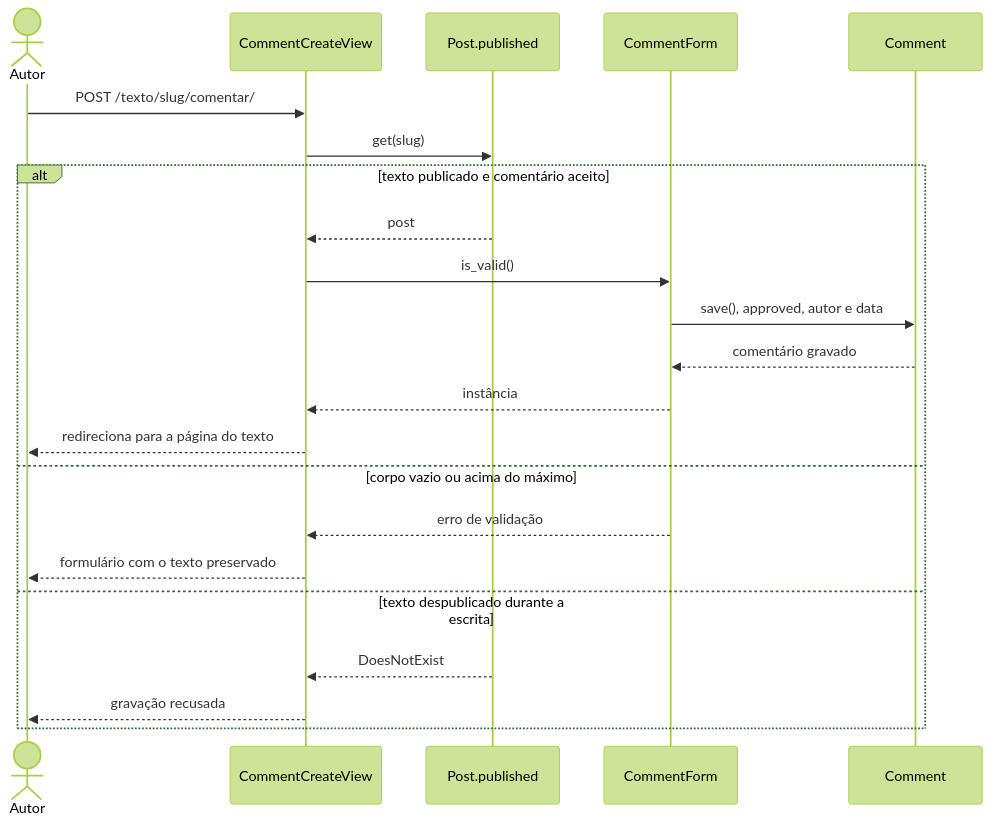
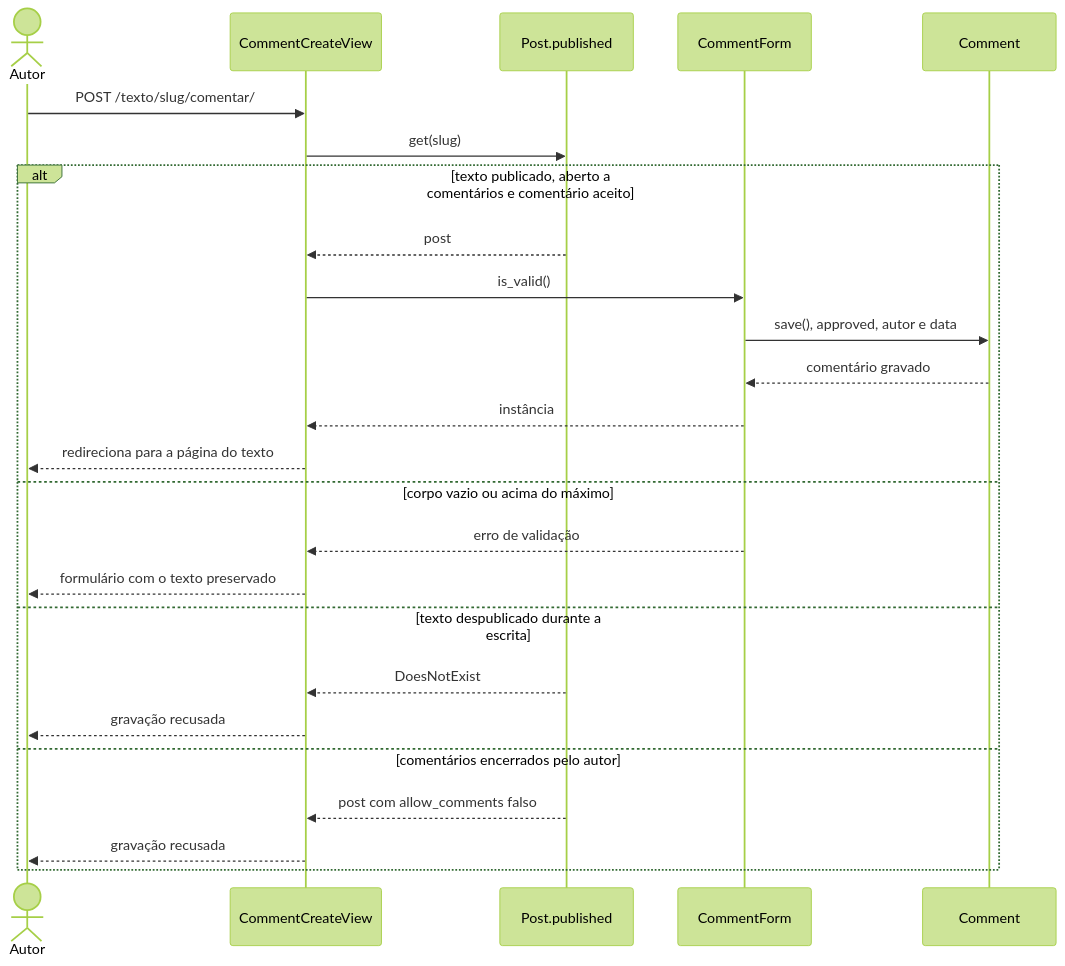
One commit to ataraxia-ppads/ataraxia-blog changed the diagram in docs/sequencia-de-projeto/UC10.md. Above: the diagram before and after it, drawn with Mermaid (forest theme). The commit also changed other lines of this file and 40 other files, not shown here.

````diff
--- a/docs/sequencia-de-projeto/UC10.md
+++ b/docs/sequencia-de-projeto/UC10.md
@@ -3,24 +3,27 @@
 ```mermaid
 sequenceDiagram
     actor A as Autor
     participant Vw as CommentCreateView
     participant P as Post.published
     participant F as CommentForm
     participant C as Comment
     A->>Vw: POST /texto/slug/comentar/
     Vw->>P: get(slug)
-    alt texto publicado e comentário aceito
+    alt texto publicado, aberto a comentários e comentário aceito
         P-->>Vw: post
         Vw->>F: is_valid()
         F->>C: save(), approved, autor e data
         C-->>F: comentário gravado
         F-->>Vw: instância
         Vw-->>A: redireciona para a página do texto
     else corpo vazio ou acima do máximo
         F-->>Vw: erro de validação
         Vw-->>A: formulário com o texto preservado
     else texto despublicado durante a escrita
         P-->>Vw: DoesNotExist
         Vw-->>A: gravação recusada
+    else comentários encerrados pelo autor
+        P-->>Vw: post com allow_comments falso
+        Vw-->>A: gravação recusada
     end
 ```
````
